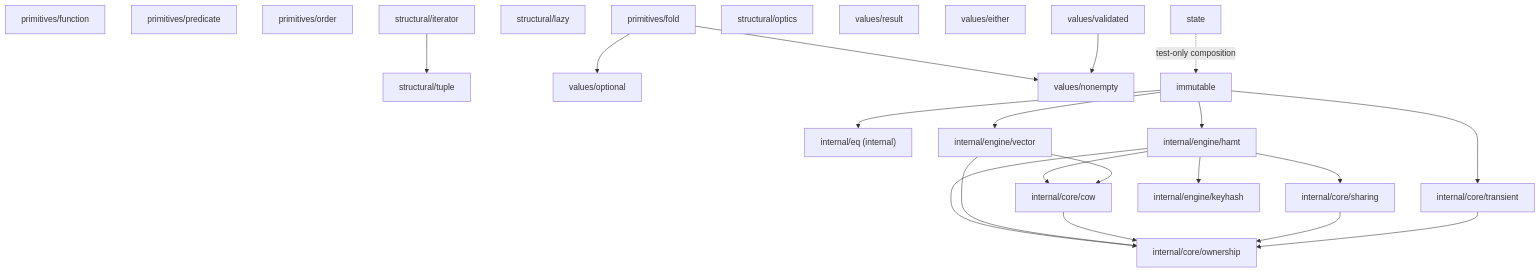
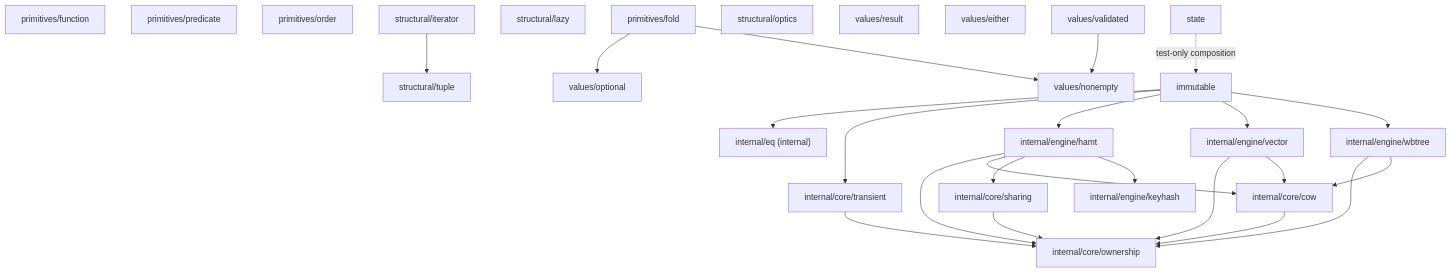
Before and after one commit to alvadorncorp/functional-go: the diagram in docs/overview.md, drawn with Mermaid. The commit also changed other lines of this file and 4 other files, not shown here.

First line of the commit message:
docs(functional): document SortedMap and wbtree engine

````diff
--- a/docs/overview.md
+++ b/docs/overview.md
@@ -192,45 +194,49 @@
 ```mermaid
 flowchart TB
   function[primitives/function]
   predicate[primitives/predicate]
   order[primitives/order]
   fold[primitives/fold]
   tuple[structural/tuple]
   lazy[structural/lazy]
   iterator[structural/iterator]
   optics[structural/optics]
   valuesOptional[values/optional]
   valuesResult[values/result]
   valuesEither[values/either]
   valuesNonEmpty[values/nonempty]
   valuesValidated[values/validated]
   immutable[immutable]
   state[state]
   eq["internal/eq (internal)"]
   ownership["internal/core/ownership"]
   cow["internal/core/cow"]
   sharing["internal/core/sharing"]
   transient["internal/core/transient"]
   hamt["internal/engine/hamt"]
   vector["internal/engine/vector"]
+  wbtree["internal/engine/wbtree"]
   keyhash["internal/engine/keyhash"]
 
   fold --> valuesOptional
   fold --> valuesNonEmpty
   iterator --> tuple
   valuesValidated --> valuesNonEmpty
   immutable --> eq
   immutable --> transient
   immutable --> hamt
   immutable --> vector
+  immutable --> wbtree
   hamt --> ownership
   hamt --> cow
   hamt --> sharing
   hamt --> keyhash
   vector --> ownership
   vector --> cow
+  wbtree --> ownership
+  wbtree --> cow
   cow --> ownership
   sharing --> ownership
   transient --> ownership
   state -.->|test-only composition| immutable
 ```
````
